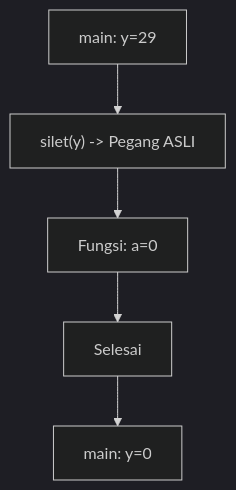
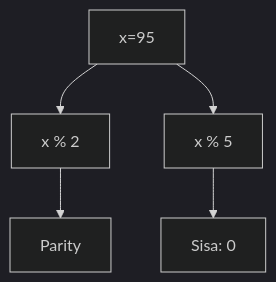
Before and after one commit to amnahwaida/OSNK_INF_PREP: diagram 19 of 25 in part-c-pemahaman-cpp/04-fungsi/latihan/set-06.md, drawn with Mermaid (dark theme). The commit also changed other lines of this file and 71 other files, not shown here.

````diff
--- a/part-c-pemahaman-cpp/04-fungsi/latihan/set-06.md
+++ b/part-c-pemahaman-cpp/04-fungsi/latihan/set-06.md
@@ -555,7 +567,7 @@
 ```mermaid
 graph TD
-    A[main: y=29] --> B["silet(y) -> Pegang ASLI"]
-    B --> C[Fungsi: a=0]
-    C --> D[Selesai]
-    D --> E[main: y=0]
+A[x=95] --> B[x % 2]
+B --> C[Parity]
+A --> D[x % 5]
+D --> E[Sisa: 0]
 ```
````
